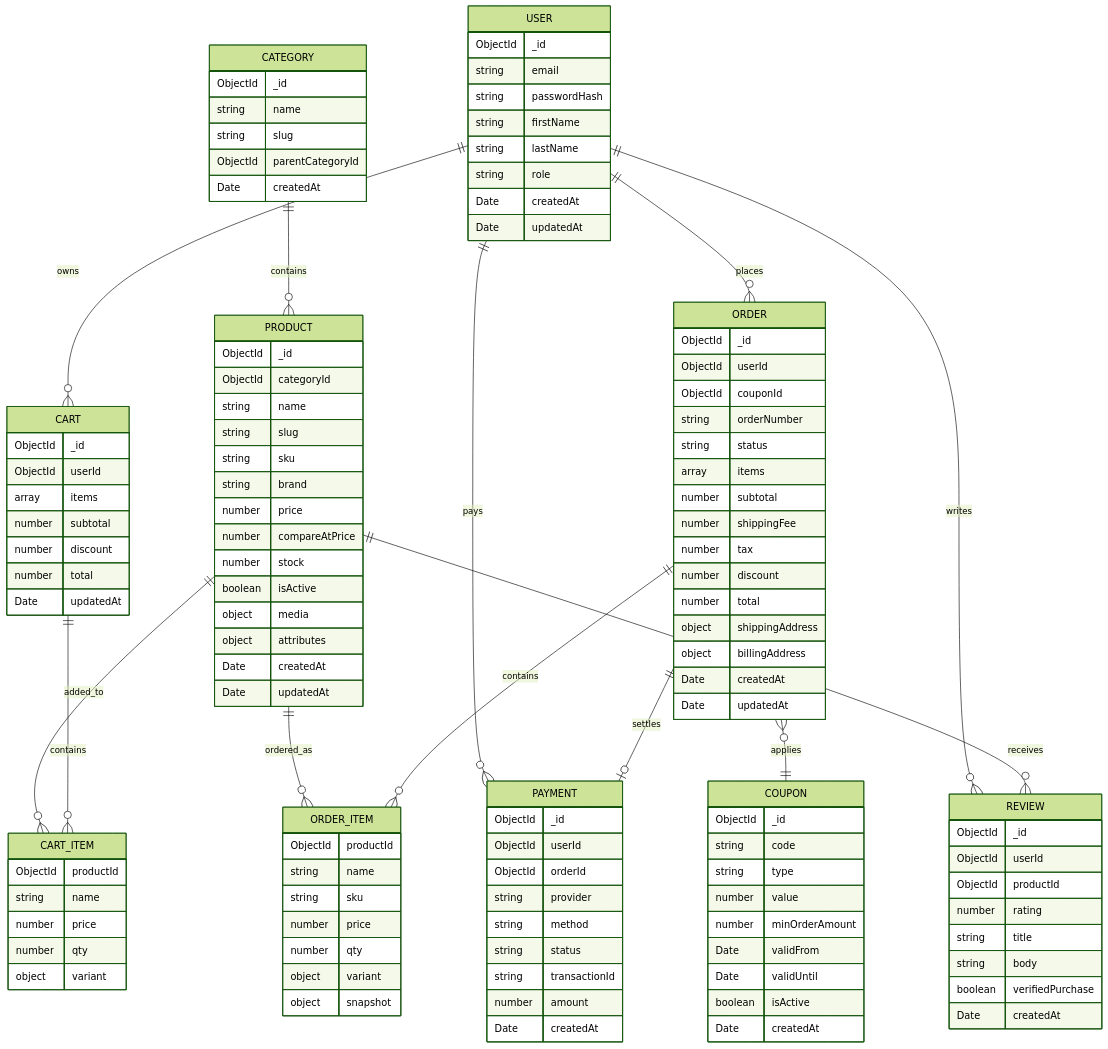
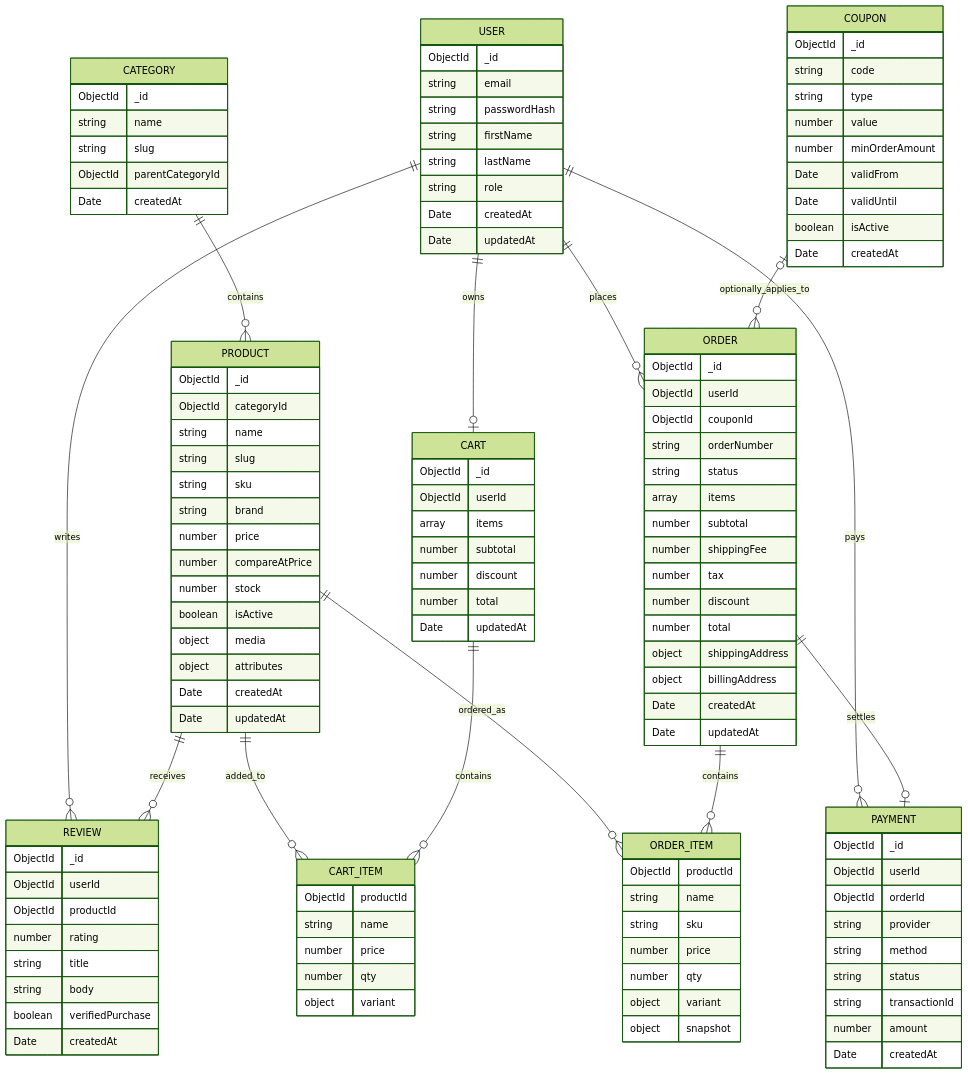
Before and after one commit to sm9691968-max/work: the diagram in OneDrive/Desktop/work/docs/database.md, drawn with Mermaid (forest theme). The commit also changed other lines of this file and 2 other files, not shown here.

Commit message:
feat(day-03): er design & collection planning

````diff
--- a/OneDrive/Desktop/work/docs/database.md
+++ b/OneDrive/Desktop/work/docs/database.md
@@ -7,6 +7,6 @@
 ```mermaid
 erDiagram
-    USER ||--o{ CART : owns
+    USER ||--o| CART : owns
     USER ||--o{ ORDER : places
     USER ||--o{ REVIEW : writes
     USER ||--o{ PAYMENT : pays
@@ -19,7 +19,7 @@
     CART ||--o{ CART_ITEM : contains
     ORDER ||--o{ ORDER_ITEM : contains
     ORDER ||--o| PAYMENT : settles
-    ORDER }o--|| COUPON : applies
+    COUPON o|--o{ ORDER : optionally_applies_to
 
     USER {
       ObjectId _id
````
